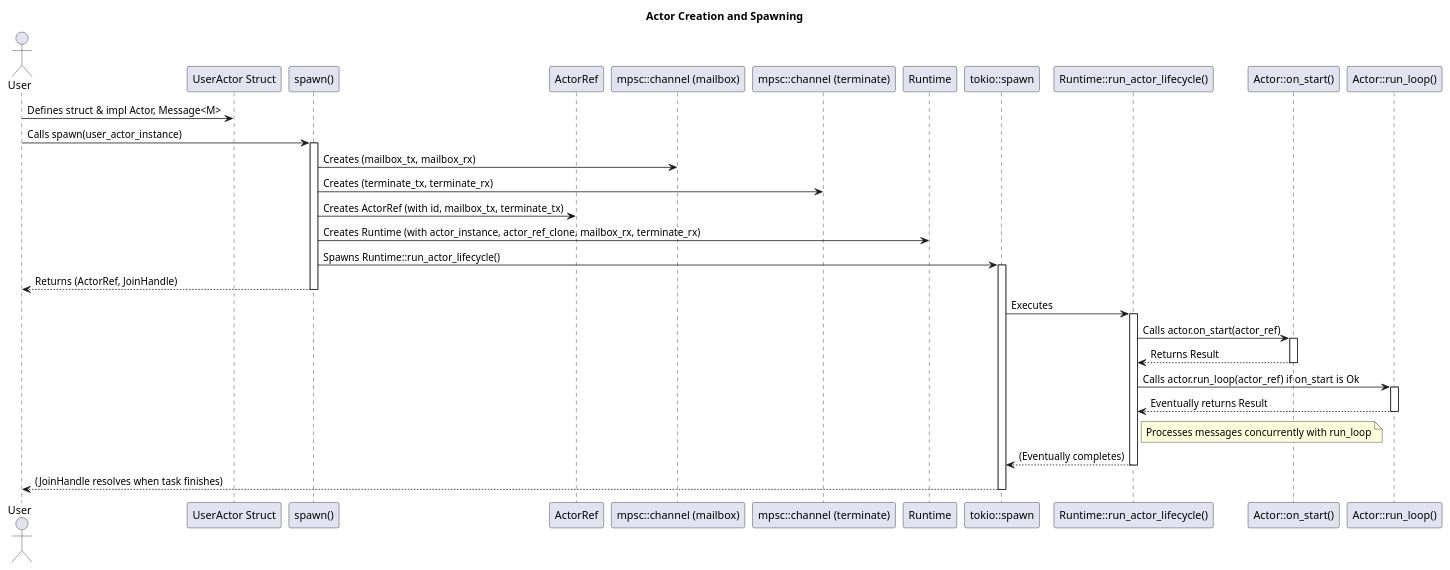
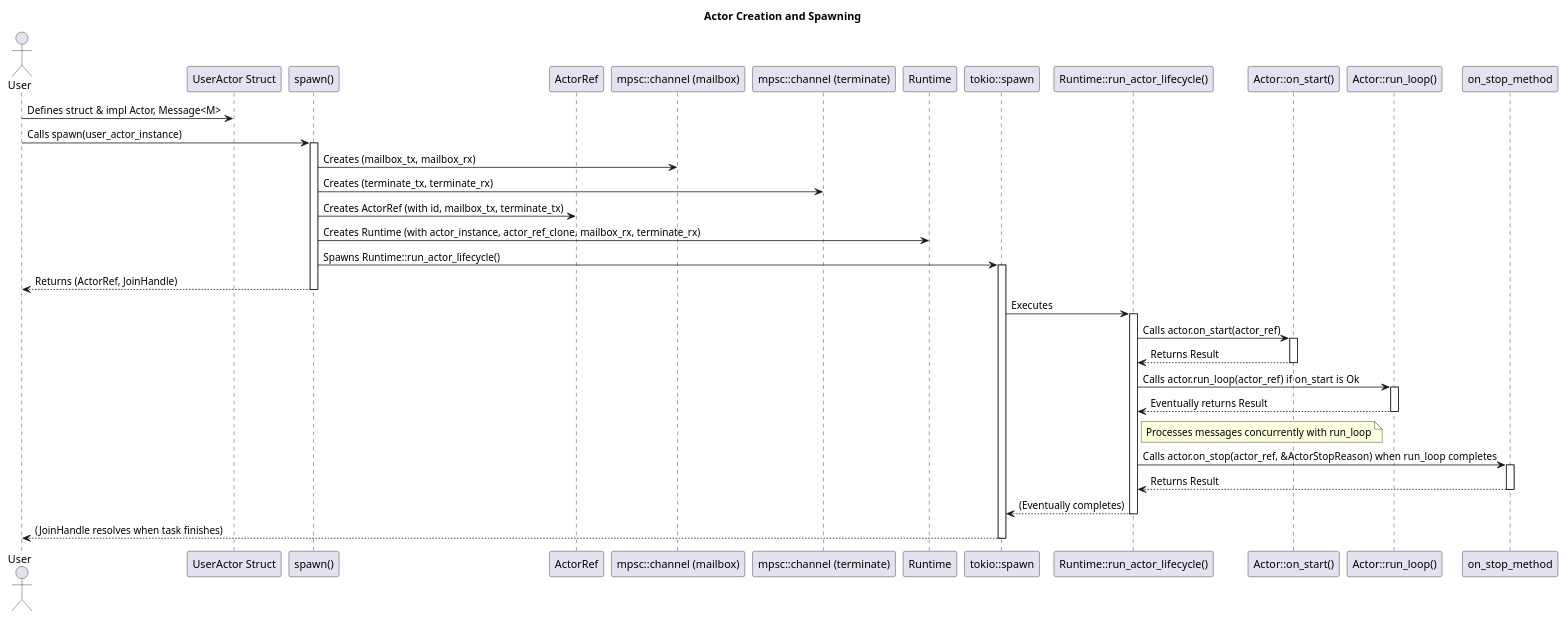
One commit to hiking90/rsactor changed the diagram in docs/creation.puml. Above: the diagram before and after it, drawn with PlantUML. The commit also changed 8 other files, not shown here.

```diff
--- a/docs/creation.puml
+++ b/docs/creation.puml
@@ -1,46 +1,51 @@
-@startuml Actor Cration and Spawning
+@startuml Actor Creation and Spawning
 title Actor Creation and Spawning
 
 actor User
 participant "UserActor Struct" as UserActor
 participant "spawn()" as spawn_func
 participant "ActorRef" as ActorRef_type
 participant "mpsc::channel (mailbox)" as MailboxChannel
 participant "mpsc::channel (terminate)" as TerminateChannel
 participant "Runtime" as Runtime_type
 participant "tokio::spawn" as tokio_spawn
 participant "Runtime::run_actor_lifecycle()" as run_lifecycle
 participant "Actor::on_start()" as on_start_method
 participant "Actor::run_loop()" as run_loop_method
 
 User -> UserActor: Defines struct & impl Actor, Message<M>
 User -> spawn_func: Calls spawn(user_actor_instance)
 activate spawn_func
 
 spawn_func -> MailboxChannel: Creates (mailbox_tx, mailbox_rx)
 spawn_func -> TerminateChannel: Creates (terminate_tx, terminate_rx)
 spawn_func -> ActorRef_type: Creates ActorRef (with id, mailbox_tx, terminate_tx)
 spawn_func -> Runtime_type: Creates Runtime (with actor_instance, actor_ref_clone, mailbox_rx, terminate_rx)
 spawn_func -> tokio_spawn: Spawns Runtime::run_actor_lifecycle()
 activate tokio_spawn
 spawn_func --> User: Returns (ActorRef, JoinHandle)
 deactivate spawn_func
 
 tokio_spawn -> run_lifecycle: Executes
 activate run_lifecycle
 run_lifecycle -> on_start_method: Calls actor.on_start(actor_ref)
 activate on_start_method
 on_start_method --> run_lifecycle: Returns Result
 deactivate on_start_method
 run_lifecycle -> run_loop_method: Calls actor.run_loop(actor_ref) if on_start is Ok
 activate run_loop_method
 run_loop_method --> run_lifecycle: Eventually returns Result
 deactivate run_loop_method
 note right of run_lifecycle: Processes messages concurrently with run_loop
 
+run_lifecycle -> on_stop_method: Calls actor.on_stop(actor_ref, &ActorStopReason) when run_loop completes
+activate on_stop_method
+on_stop_method --> run_lifecycle: Returns Result
+deactivate on_stop_method
+
 run_lifecycle --> tokio_spawn: (Eventually completes)
 deactivate run_lifecycle
 tokio_spawn --> User: (JoinHandle resolves when task finishes)
 deactivate tokio_spawn
 
 @enduml
```
